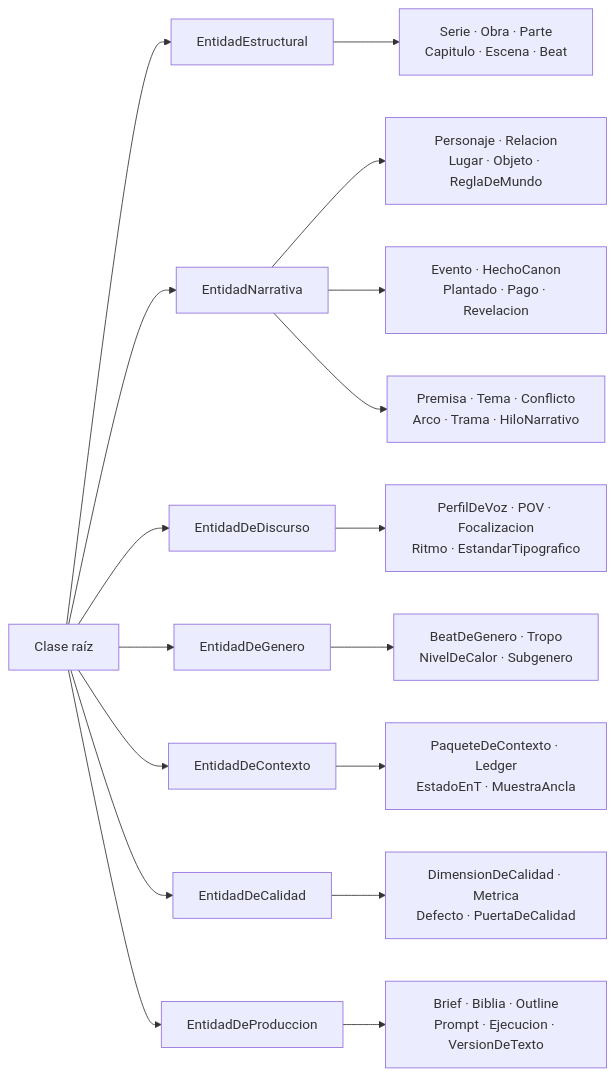
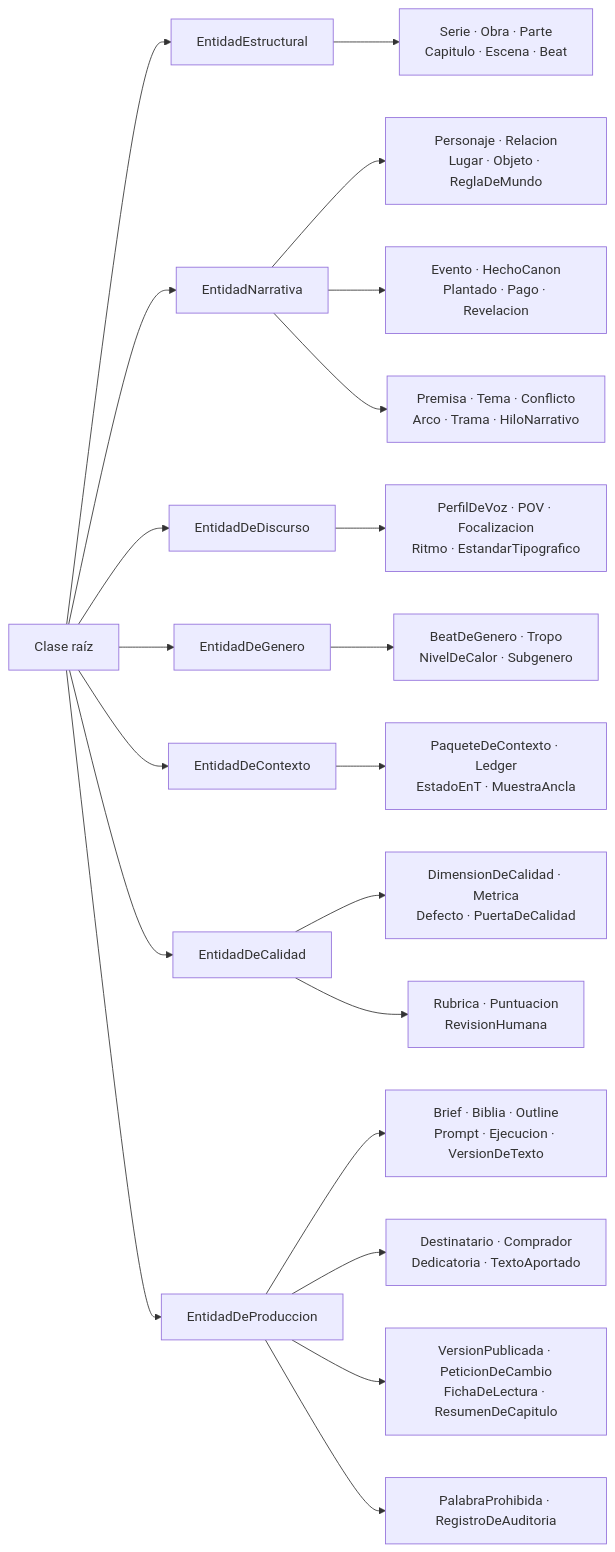
Before and after one commit to maujimenez4/ciberpunk-storymaker: the second of 10 diagrams in docs/definitions.md, drawn with Mermaid. The commit also changed other lines of this file and 5 other files, not shown here.

````diff
--- a/docs/definitions.md
+++ b/docs/definitions.md
@@ -504,22 +649,26 @@
 ```mermaid
 flowchart LR
   R["Clase raíz"]
 
   R --> A["EntidadEstructural"]
   R --> B["EntidadNarrativa"]
   R --> C["EntidadDeDiscurso"]
   R --> D["EntidadDeGenero"]
   R --> E["EntidadDeContexto"]
   R --> F["EntidadDeCalidad"]
   R --> G["EntidadDeProduccion"]
 
   A --> A1["Serie · Obra · Parte<br/>Capitulo · Escena · Beat"]
   B --> B1["Personaje · Relacion<br/>Lugar · Objeto · ReglaDeMundo"]
   B --> B2["Evento · HechoCanon<br/>Plantado · Pago · Revelacion"]
   B --> B3["Premisa · Tema · Conflicto<br/>Arco · Trama · HiloNarrativo"]
   C --> C1["PerfilDeVoz · POV · Focalizacion<br/>Ritmo · EstandarTipografico"]
   D --> D1["BeatDeGenero · Tropo<br/>NivelDeCalor · Subgenero"]
   E --> E1["PaqueteDeContexto · Ledger<br/>EstadoEnT · MuestraAncla"]
   F --> F1["DimensionDeCalidad · Metrica<br/>Defecto · PuertaDeCalidad"]
   G --> G1["Brief · Biblia · Outline<br/>Prompt · Ejecucion · VersionDeTexto"]
+  G --> G2["Destinatario · Comprador<br/>Dedicatoria · TextoAportado"]
+  G --> G3["VersionPublicada · PeticionDeCambio<br/>FichaDeLectura · ResumenDeCapitulo"]
+  G --> G4["PalabraProhibida · RegistroDeAuditoria"]
+  F --> F2["Rubrica · Puntuacion<br/>RevisionHumana"]
 ```
````
